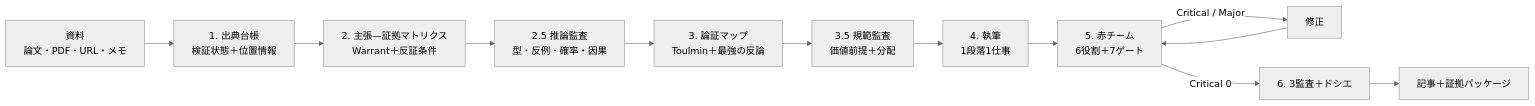
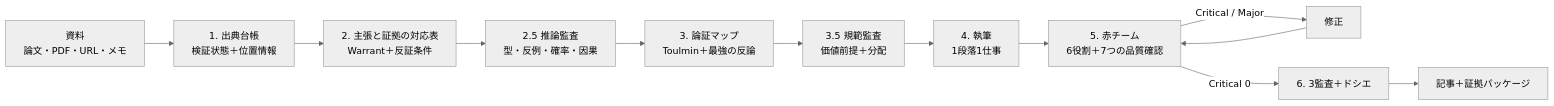
Before and after one commit to Hum1Tab/universal-article-writer: the diagram in README.ja.md, drawn with Mermaid (neutral theme). The commit also changed other lines of this file and 22 other files, not shown here.

````diff
--- a/README.ja.md
+++ b/README.ja.md
@@ -66,14 +67,14 @@
 ```mermaid
 flowchart LR
   A[資料<br/>論文・PDF・URL・メモ] --> B[1. 出典台帳<br/>検証状態＋位置情報]
-  B --> C[2. 主張—証拠マトリクス<br/>Warrant＋反証条件]
+  B --> C[2. 主張と証拠の対応表<br/>Warrant＋反証条件]
   C --> C2[2.5 推論監査<br/>型・反例・確率・因果]
   C2 --> D[3. 論証マップ<br/>Toulmin＋最強の反論]
   D --> D2[3.5 規範監査<br/>価値前提＋分配]
   D2 --> E[4. 執筆<br/>1段落1仕事]
-  E --> F[5. 赤チーム<br/>6役割＋7ゲート]
+  E --> F[5. 赤チーム<br/>6役割＋7つの品質確認]
   F -->|Critical / Major| G[修正]
   G --> F
   F -->|Critical 0| H[6. 3監査＋ドシエ]
   H --> I[記事＋証拠パッケージ]
 ```
````
